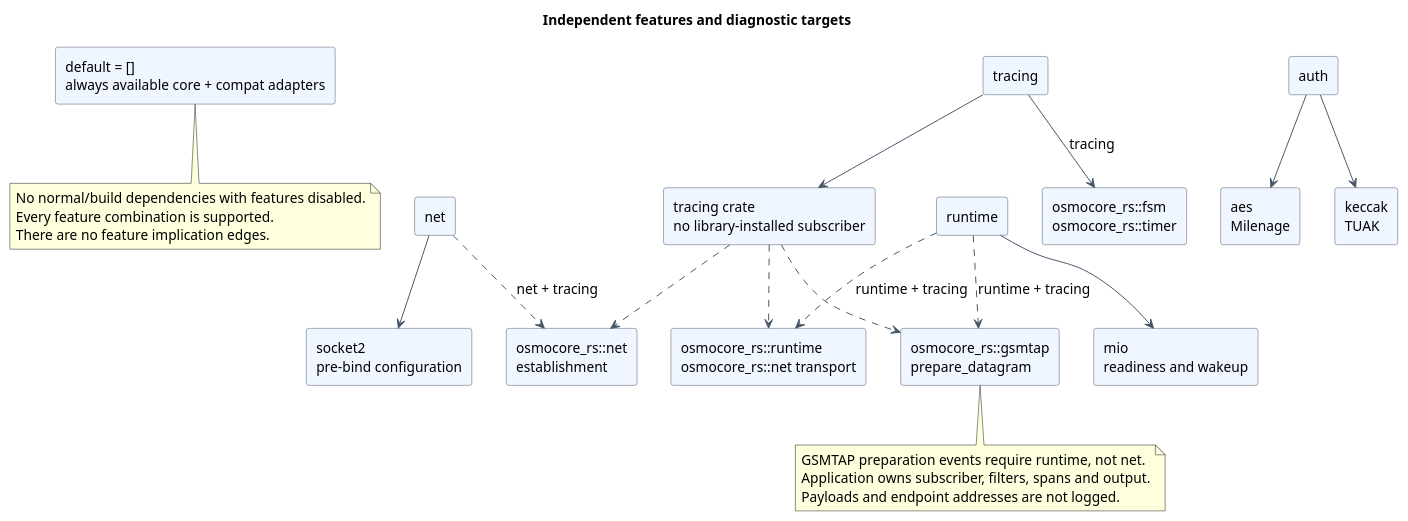
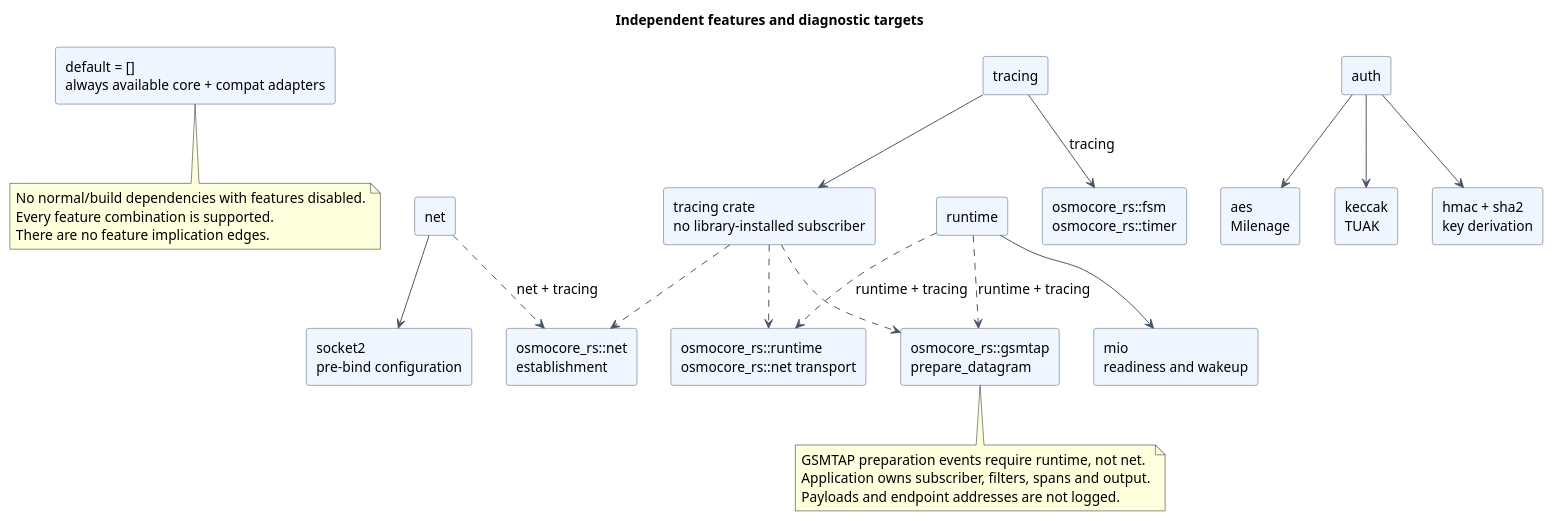
One commit to Silent-Wolf-Labs/osmocore-rs changed the diagram in docs/architecture/diagrams/src/features-diagnostics.puml. Above: the diagram before and after it, drawn with PlantUML. The commit also changed 25 other files, not shown here.

```diff
--- a/docs/architecture/diagrams/src/features-diagnostics.puml
+++ b/docs/architecture/diagrams/src/features-diagnostics.puml
@@ -1,50 +1,52 @@
 @startuml
 title Independent features and diagnostic targets
 skinparam backgroundColor white
 skinparam shadowing false
 skinparam componentStyle rectangle
 skinparam defaultFontName SansSerif
 skinparam defaultFontSize 14
 skinparam ArrowColor #475569
 skinparam componentBackgroundColor #EFF6FF
 skinparam componentBorderColor #475569
 skinparam packageBackgroundColor #F8FAFC
 skinparam packageBorderColor #64748B
 top to bottom direction
 component "default = []\nalways available core + compat adapters" as defaults
 component "net" as net
 component "runtime" as runtime
 component "tracing" as tracing
 component "auth" as auth
 component "socket2\npre-bind configuration" as socket2
 component "mio\nreadiness and wakeup" as mio
 component "aes\nMilenage" as aes
 component "keccak\nTUAK" as keccak
+component "hmac + sha2\nkey derivation" as hmac
 component "tracing crate\nno library-installed subscriber" as library
 component "osmocore_rs::fsm\nosmocore_rs::timer" as coretargets
 component "osmocore_rs::net\nestablishment" as nettarget
 component "osmocore_rs::runtime\nosmocore_rs::net transport" as runtarget
 component "osmocore_rs::gsmtap\nprepare_datagram" as gsmtap
 net --> socket2
 runtime --> mio
 auth --> aes
 auth --> keccak
+auth --> hmac
 tracing --> library
 tracing --> coretargets : tracing
 net ..> nettarget : net + tracing
 runtime ..> runtarget : runtime + tracing
 runtime ..> gsmtap : runtime + tracing
 library ..> nettarget
 library ..> runtarget
 library ..> gsmtap
 note bottom of defaults
 No normal/build dependencies with features disabled.
 Every feature combination is supported.
 There are no feature implication edges.
 end note
 note bottom of gsmtap
 GSMTAP preparation events require runtime, not net.
 Application owns subscriber, filters, spans and output.
 Payloads and endpoint addresses are not logged.
 end note
 @enduml
```
